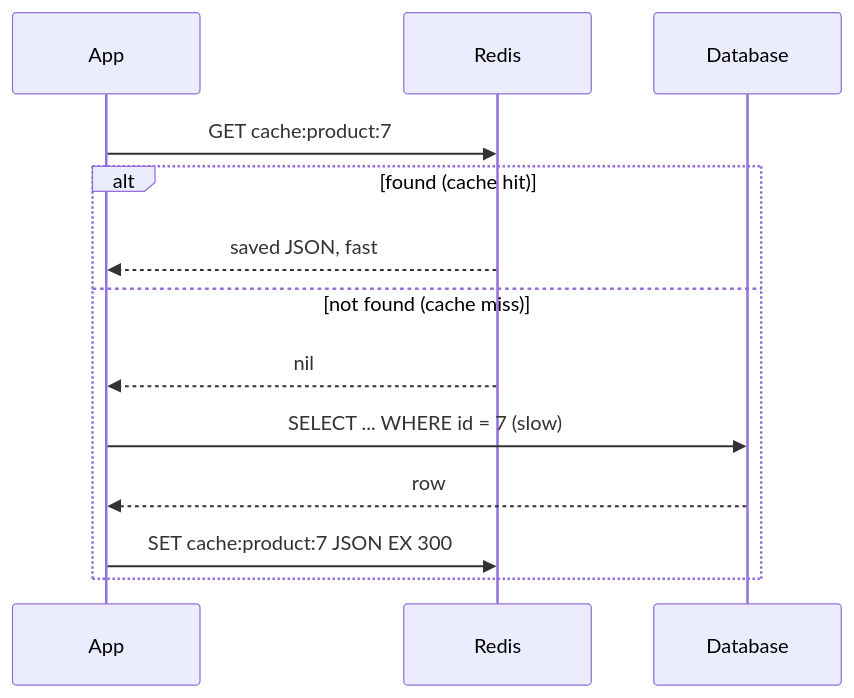
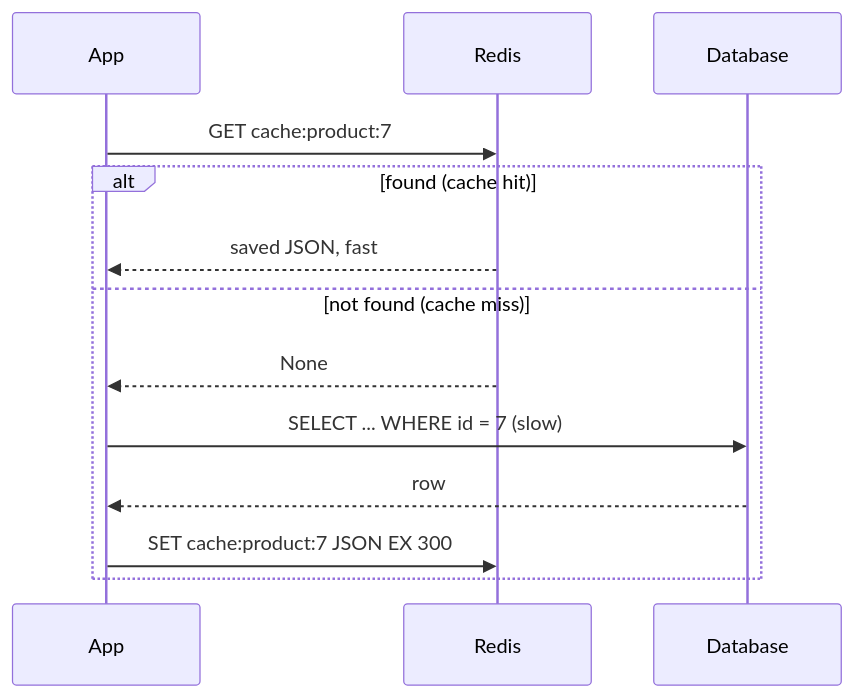
The fourth of 31 diagrams in redis.md (selvakumarperumal/Regulatory_Circular_Impact_Agent), drawn with Mermaid before and after one commit. The commit also changed other lines of this file, not shown here.

````diff
--- a/redis.md
+++ b/redis.md
@@ -533,15 +658,15 @@
 ```mermaid
 sequenceDiagram
     participant App
     participant Redis
     participant DB as Database
     App->>Redis: GET cache:product:7
     alt found (cache hit)
         Redis-->>App: saved JSON, fast
     else not found (cache miss)
-        Redis-->>App: nil
+        Redis-->>App: None
         App->>DB: SELECT ... WHERE id = 7 (slow)
         DB-->>App: row
         App->>Redis: SET cache:product:7 JSON EX 300
     end
 ```
````
